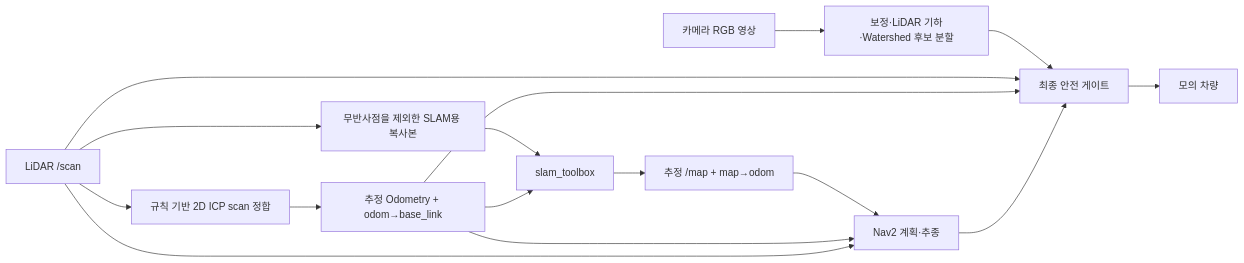
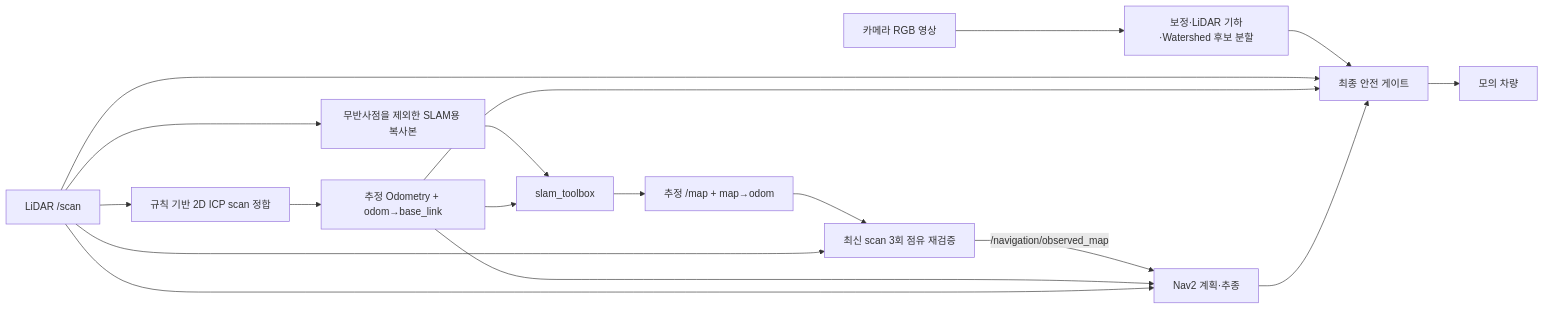
Before and after one commit to dongguekim-rgb/mrider: the diagram in docs/sensor-only-navigation.md, drawn with Mermaid. The commit also changed other lines of this file and 520 other files, not shown here.

````diff
--- a/docs/sensor-only-navigation.md
+++ b/docs/sensor-only-navigation.md
@@ -30,17 +30,19 @@
 ```mermaid
 flowchart LR
   SCAN["LiDAR /scan"] --> ICP["규칙 기반 2D ICP scan 정합"]
   ICP --> ODOM["추정 Odometry + odom→base_link"]
   SCAN --> FILTER["무반사점을 제외한 SLAM용 복사본"] --> SLAM["slam_toolbox"]
   ODOM --> SLAM
   SLAM --> MAP["추정 /map + map→odom"]
-  MAP --> NAV["Nav2 계획·추종"]
+  MAP --> LIVE["최신 scan 3회 점유 재검증"]
+  SCAN --> LIVE
+  LIVE -->|/navigation/observed_map| NAV["Nav2 계획·추종"]
   ODOM --> NAV
   SCAN --> NAV
   RGB["카메라 RGB 영상"] --> FLOOR["보정·LiDAR 기하·Watershed 후보 분할"]
   FLOOR --> GATE["최종 안전 게이트"]
   SCAN --> GATE
   ODOM --> GATE
   NAV --> GATE
   GATE --> CAR["모의 차량"]
 ```
````
